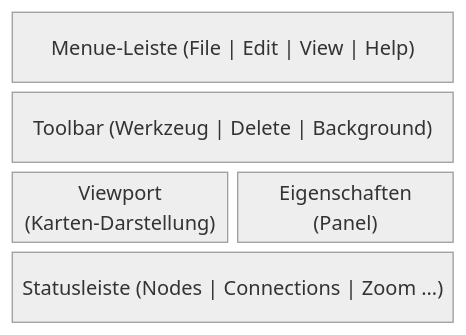
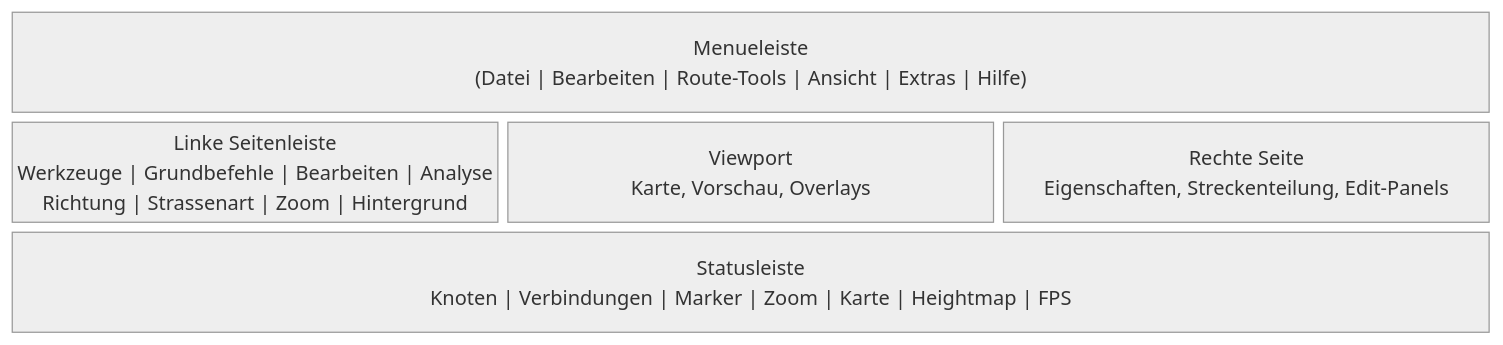
The diagram in docs/howto/02-oberflaeche.md (mro68/fs25_ad_editor), drawn with Mermaid (neutral theme) before and after one commit. The commit also changed other lines of this file and 83 other files, not shown here.

First line of the commit message:
feat: expand color path workflow and route tool panels

````diff
--- a/docs/howto/02-oberflaeche.md
+++ b/docs/howto/02-oberflaeche.md
@@ -9,8 +9,9 @@
 ```mermaid
 block-beta
-    columns 2
-    menu["Menue-Leiste (File | Edit | View | Help)"]:2
-    toolbar["Toolbar (Werkzeug | Delete | Background)"]:2
-    viewport["Viewport\n(Karten-Darstellung)"] props["Eigenschaften\n(Panel)"]
-    status["Statusleiste (Nodes | Connections | Zoom …)"]:2
+    columns 3
+    menu["Menueleiste\n(Datei | Bearbeiten | Route-Tools | Ansicht | Extras | Hilfe)"]:3
+    left["Linke Seitenleiste\nWerkzeuge | Grundbefehle | Bearbeiten | Analyse\nRichtung | Strassenart | Zoom | Hintergrund"]
+    viewport["Viewport\nKarte, Vorschau, Overlays"]
+    right["Rechte Seite\nEigenschaften, Streckenteilung, Edit-Panels"]
+    status["Statusleiste\nKnoten | Verbindungen | Marker | Zoom | Karte | Heightmap | FPS"]:3
 ```
````
